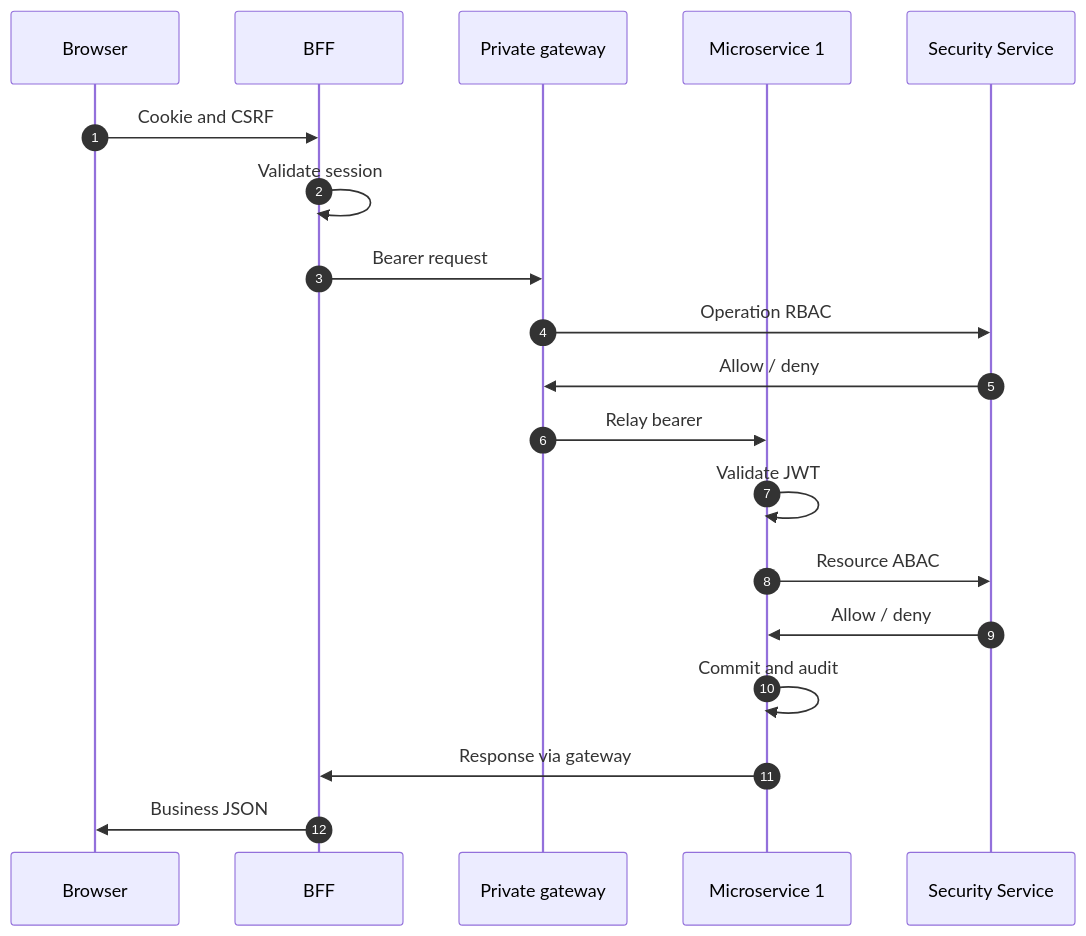
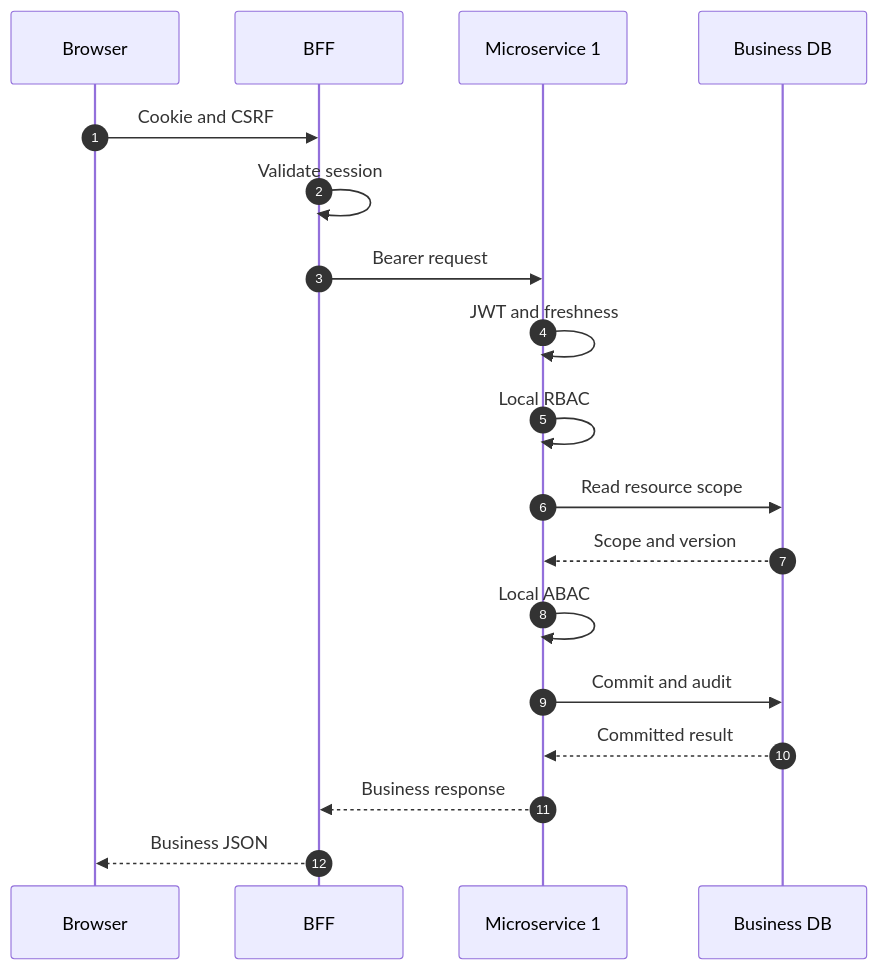
The diagram in docs/centralized-sso/diagram-source/03_token_relay_sequence.mmd (renjithpta/app-dff-login-docs), drawn with Mermaid before and after one commit. The commit also changed 58 other files, not shown here.

Commit message:
Clarify service-local RBAC and ABAC with BFF token relay; refresh architecture diagrams and documents

```diff
--- a/docs/centralized-sso/diagram-source/03_token_relay_sequence.mmd
+++ b/docs/centralized-sso/diagram-source/03_token_relay_sequence.mmd
@@ -1,19 +1,18 @@
 sequenceDiagram
     autonumber
     participant P0 as Browser
     participant P1 as BFF
-    participant P2 as Private gateway
-    participant P3 as Microservice 1
-    participant P4 as Security Service
+    participant P2 as Microservice 1
+    participant P3 as Business DB
     P0->>P1: Cookie and CSRF
     P1->>P1: Validate session
     P1->>P2: Bearer request
-    P2->>P4: Operation RBAC
-    P4->>P2: Allow / deny
-    P2->>P3: Relay bearer
-    P3->>P3: Validate JWT
-    P3->>P4: Resource ABAC
-    P4->>P3: Allow / deny
-    P3->>P3: Commit and audit
-    P3->>P1: Response via gateway
-    P1->>P0: Business JSON
+    P2->>P2: JWT and freshness
+    P2->>P2: Local RBAC
+    P2->>P3: Read resource scope
+    P3-->>P2: Scope and version
+    P2->>P2: Local ABAC
+    P2->>P3: Commit and audit
+    P3-->>P2: Committed result
+    P2-->>P1: Business response
+    P1-->>P0: Business JSON
```
